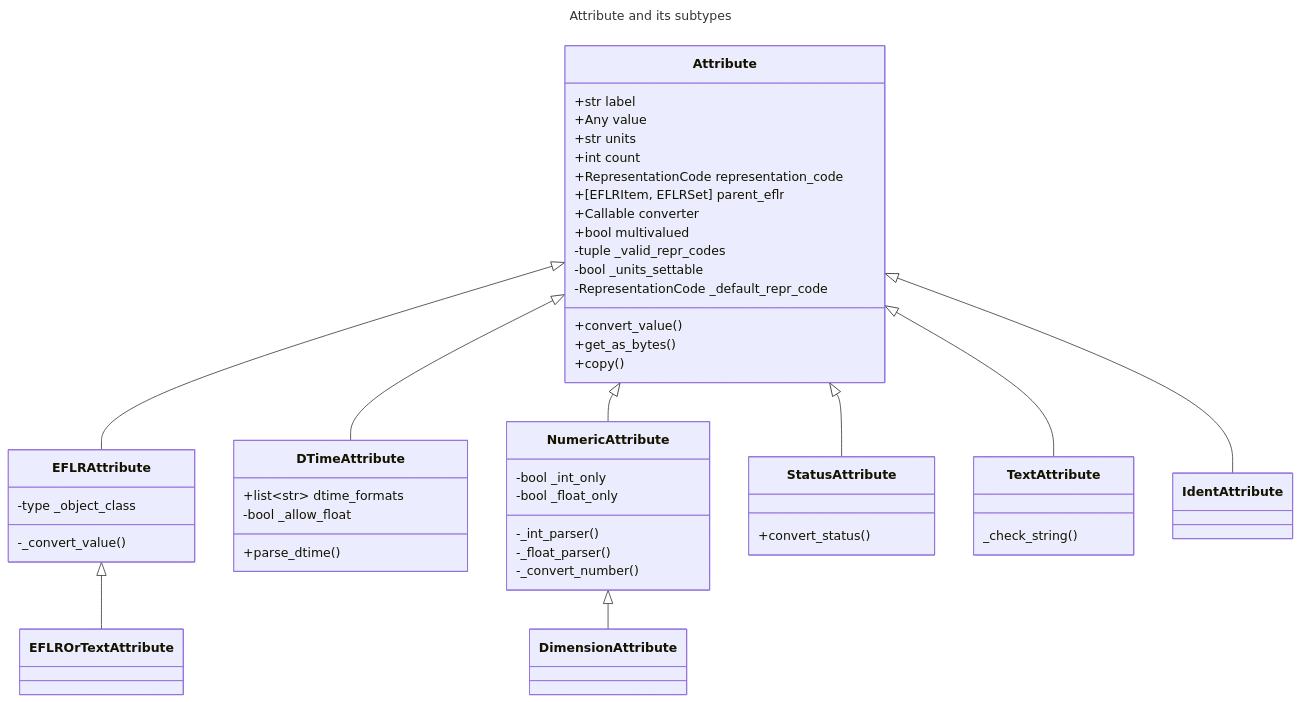
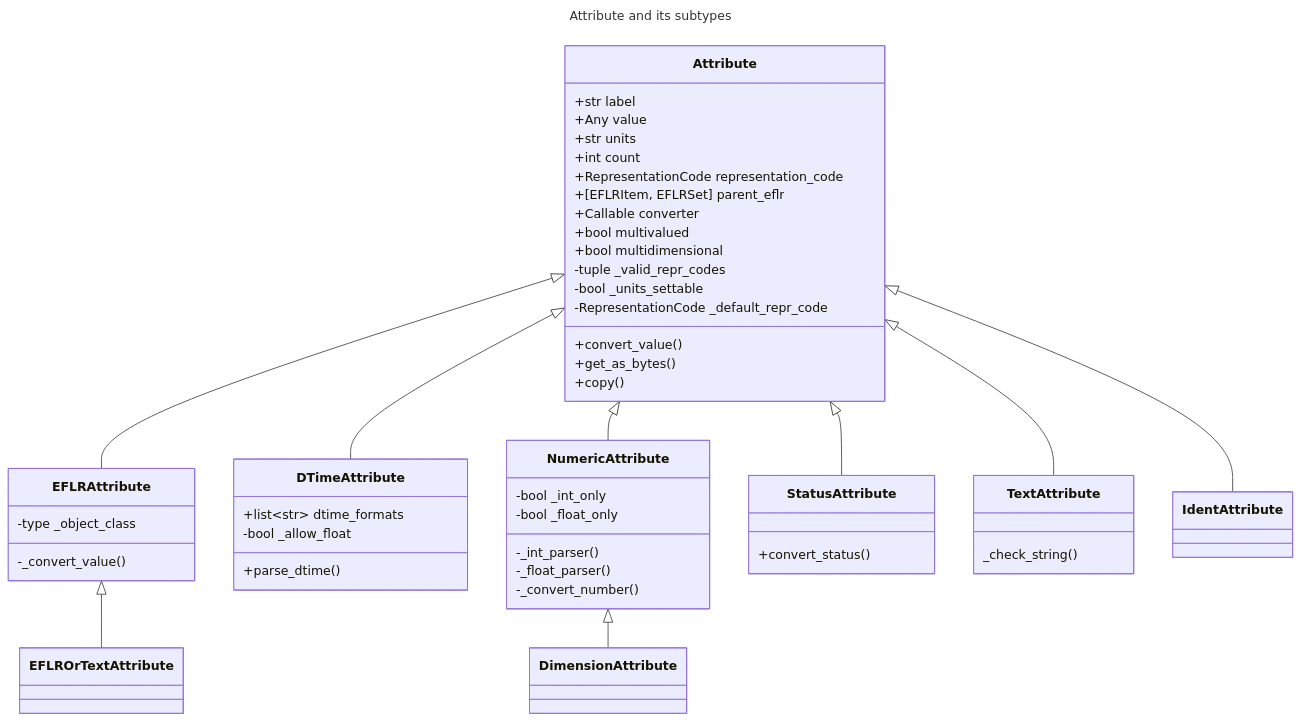
One commit to well-id/dliswriter changed the diagram in docs/class-diagrams/attributes.mmd. Above: the diagram before and after it, drawn with Mermaid. The commit also changed 2 other files, not shown here.

```diff
--- a/docs/class-diagrams/attributes.mmd
+++ b/docs/class-diagrams/attributes.mmd
@@ -1,65 +1,66 @@
 ---
 title: Attribute and its subtypes
 ---
 classDiagram
     Attribute <|-- EFLRAttribute
     EFLRAttribute <|-- EFLROrTextAttribute
     Attribute <|-- DTimeAttribute
     Attribute <|-- NumericAttribute
     NumericAttribute <|-- DimensionAttribute
     Attribute <|-- StatusAttribute
     Attribute <|-- TextAttribute
     Attribute <|-- IdentAttribute
 
 
     class Attribute{
         +str label
         +Any value
         +str units
         +int count
         +RepresentationCode representation_code
         +[EFLRItem, EFLRSet] parent_eflr
         +Callable converter
         +bool multivalued
+        +bool multidimensional
         -tuple _valid_repr_codes
         -bool _units_settable
         -RepresentationCode _default_repr_code
 
         +convert_value()
         +get_as_bytes()
         +copy()
     }
 
     class EFLRAttribute{
         -type _object_class
 
         -_convert_value()
     }
 
     class DTimeAttribute{
         +list~str~ dtime_formats
         -bool _allow_float
 
         +parse_dtime()
     }
 
     class NumericAttribute{
         -bool _int_only
         -bool _float_only
 
         -_int_parser()
         -_float_parser()
         -_convert_number()
     }
 
     class StatusAttribute{
         +convert_status()
     }
 
     class TextAttribute{
         _check_string()
     }
 
     class IdentAttribute{
 
     }
```
